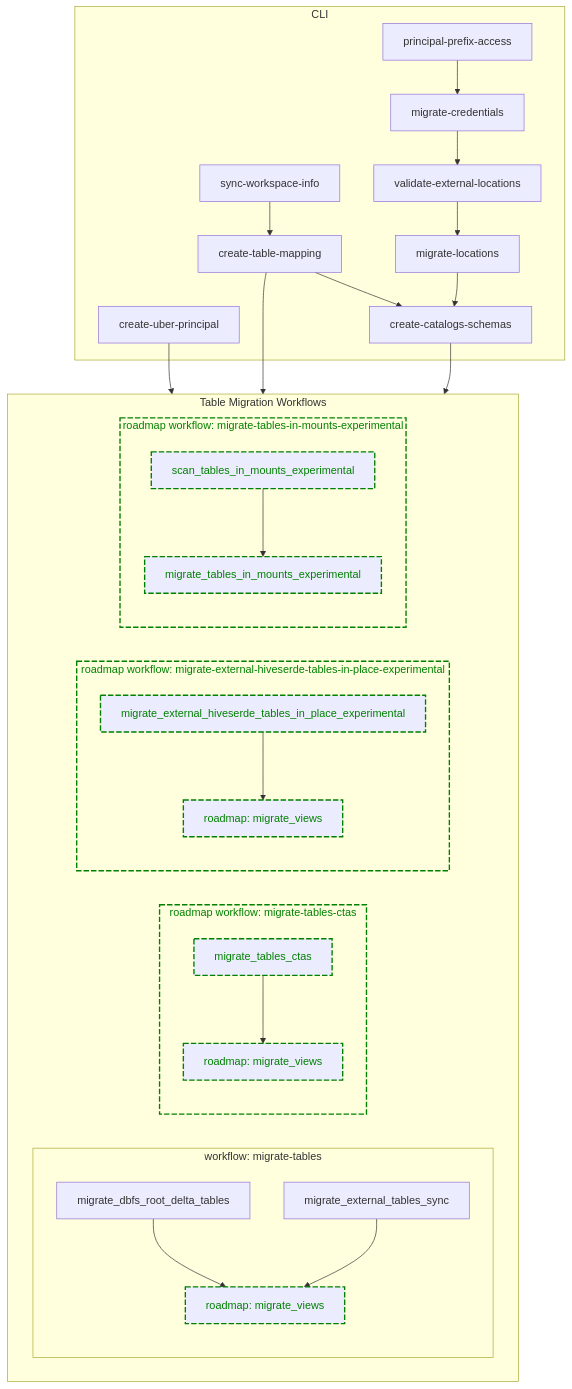
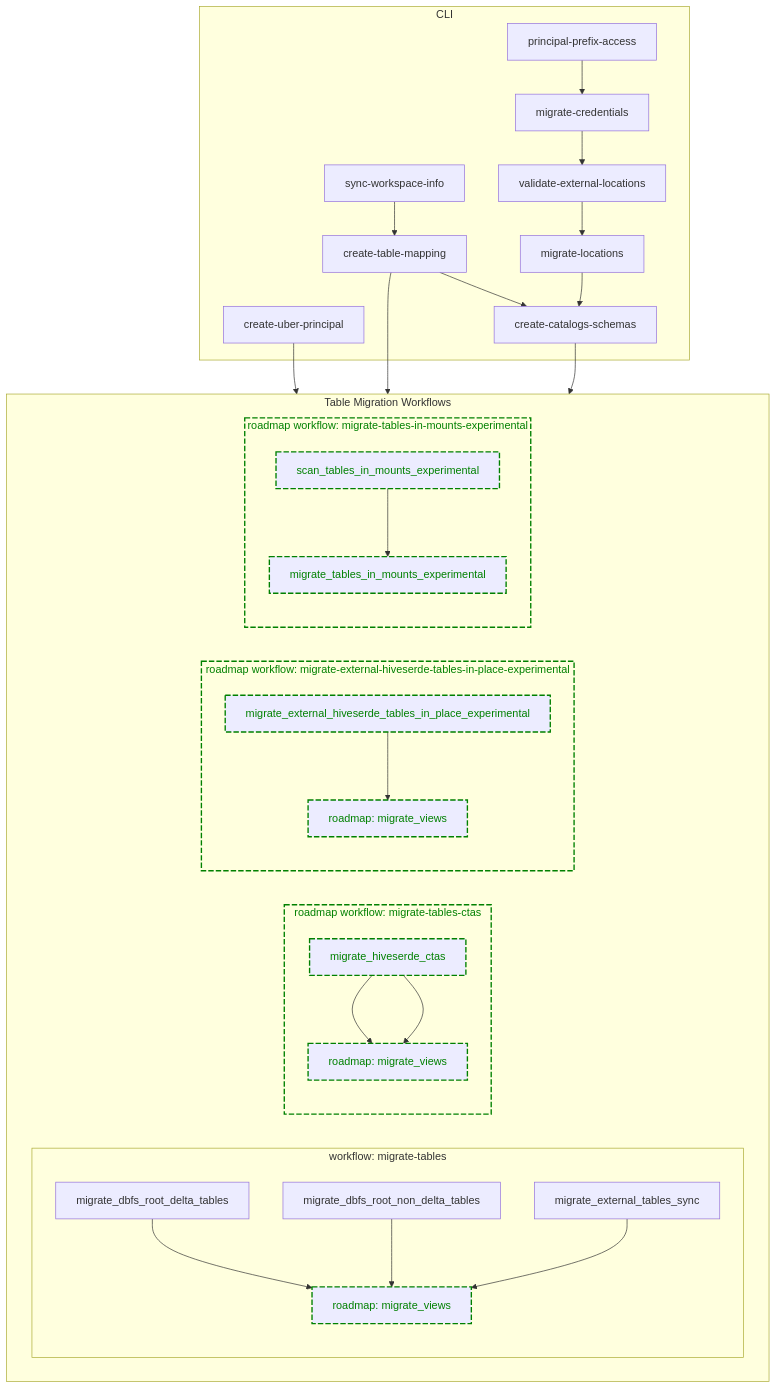
Before and after one commit to databrickslabs/ucx: the second of 2 diagrams in README.md, drawn with Mermaid. The commit also changed 3 other files, not shown here.

````diff
--- a/README.md
+++ b/README.md
@@ -375,45 +375,48 @@
 ```mermaid
 flowchart TB
     subgraph CLI
       sync-workspace-info[sync-workspace-info] --> create_table_mapping[create-table-mapping]
       create_table_mapping[create-table-mapping] --> create_catalogs_schemas[create-catalogs-schemas]
       create_uber_principal[create-uber-principal]
       principal_prefix_access[principal-prefix-access] --> migrate_credentials[migrate-credentials]
       migrate_credentials --> validate-external-locations[validate-external-locations]
       validate-external-locations --> migrate_locations[migrate-locations]
       migrate_locations --> create_catalogs_schemas
     end
     
     create_uber_principal --> workflow
     create_table_mapping --> workflow
     create_catalogs_schemas --> workflow
     
     subgraph workflow[Table Migration Workflows]
       subgraph mt_workflow[workflow: migrate-tables]
         dbfs_root_delta_mt_task[migrate_dbfs_root_delta_tables]
+        dbfs_root_non_delta_mt_task[migrate_dbfs_root_non_delta_tables]
         external_tables_sync_mt_task[migrate_external_tables_sync]
         view_mt_task[roadmap: migrate_views]
         dbfs_root_delta_mt_task --> view_mt_task
+        dbfs_root_non_delta_mt_task --> view_mt_task
         external_tables_sync_mt_task --> view_mt_task
       end
       
       subgraph mt_ctas_wf[roadmap workflow: migrate-tables-ctas]
         ctas_mt_task[migrate_tables_ctas] --> view_mt_task_ctas[roadmap: migrate_views]
+        ctas_mt_task[migrate_hiveserde_ctas] --> view_mt_task_ctas[roadmap: migrate_views]
       end
   
       subgraph mt_serde_inplace_wf[roadmap workflow: migrate-external-hiveserde-tables-in-place-experimental]
         serde_inplace_mt_task[migrate_external_hiveserde_tables_in_place_experimental] --> view_mt_task_inplace[roadmap: migrate_views]
       end
   
       subgraph mt_in_mounts_wf[roadmap workflow: migrate-tables-in-mounts-experimental]
         scan_tables_in_mounts_experimental_task[scan_tables_in_mounts_experimental] --> 
         migrate_tables_in_mounts_experimental[migrate_tables_in_mounts_experimental]
       end
     end
     
     classDef roadmap stroke:Green,stroke-width:2px,color:Green,stroke-dasharray: 8 3
     class view_mt_task roadmap;
     class mt_ctas_wf,ctas_mt_task,view_mt_task_ctas roadmap;
     class mt_serde_inplace_wf,serde_inplace_mt_task,view_mt_task_inplace roadmap;
     class mt_in_mounts_wf,scan_tables_in_mounts_experimental_task,migrate_tables_in_mounts_experimental roadmap;
 ```
````
